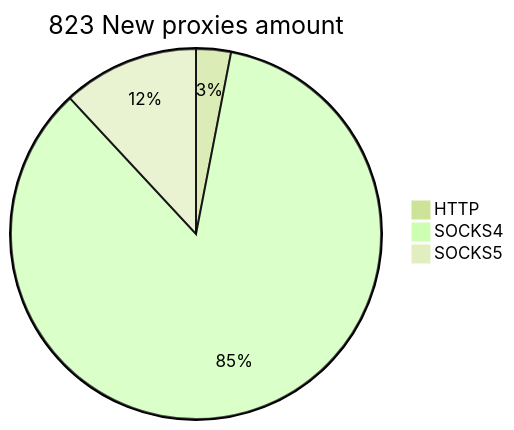
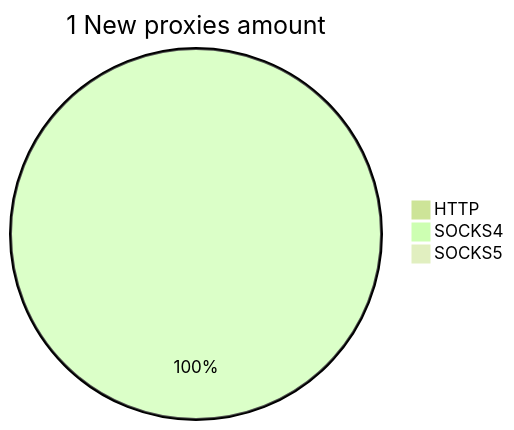
The second of 2 diagrams in README.md (cutipu/proxylist), drawn with Mermaid (forest theme) before and after one commit. The commit also changed other lines of this file, not shown here.

````diff
--- a/README.md
+++ b/README.md
@@ -10,6 +10,6 @@
 ```mermaid
-pie title 823 New proxies amount
-    "HTTP" : 25
-    "SOCKS4" : 700
-    "SOCKS5" : 98
+pie title 1 New proxies amount
+    "HTTP" : 0
+    "SOCKS4" : 1
+    "SOCKS5" : 0
 ```
````
